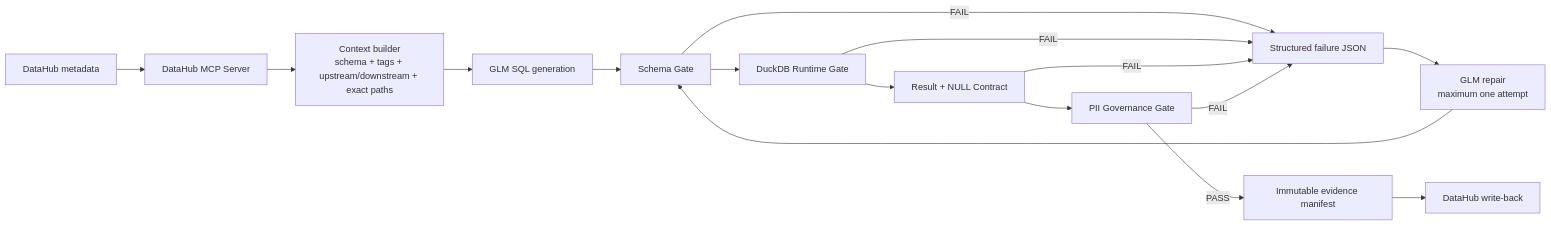
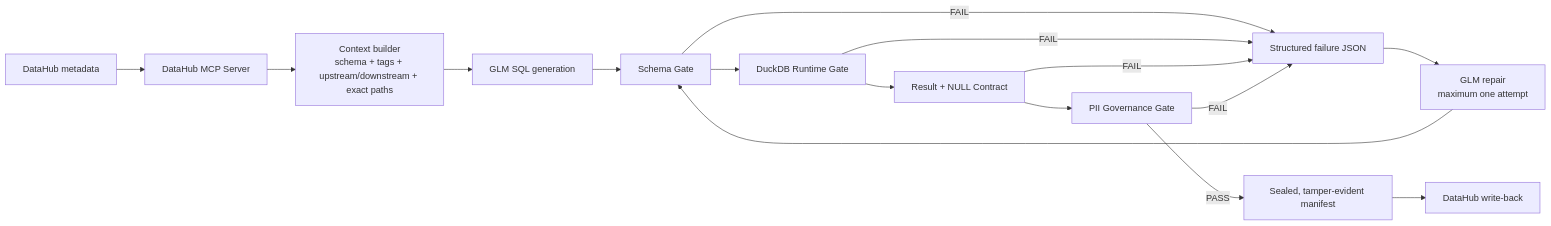
Before and after one commit to mangroveuniversemu-bot/hallucination-proof-codegen: the first of 2 diagrams in README.md, drawn with Mermaid. The commit also changed other lines of this file and 9 other files, not shown here.

````diff
--- a/README.md
+++ b/README.md
@@ -153,18 +174,18 @@
 ```mermaid
 flowchart LR
     A["DataHub metadata"] --> B["DataHub MCP Server"]
     B --> C["Context builder<br/>schema + tags + upstream/downstream + exact paths"]
     C --> D["GLM SQL generation"]
     D --> E["Schema Gate"]
     E --> F["DuckDB Runtime Gate"]
     F --> G["Result + NULL Contract"]
     G --> H["PII Governance Gate"]
     E -->|"FAIL"| I["Structured failure JSON"]
     F -->|"FAIL"| I
     G -->|"FAIL"| I
     H -->|"FAIL"| I
     I --> J["GLM repair<br/>maximum one attempt"]
     J --> E
-    H -->|"PASS"| K["Immutable evidence manifest"]
+    H -->|"PASS"| K["Sealed, tamper-evident manifest"]
     K --> L["DataHub write-back"]
 ```
````
